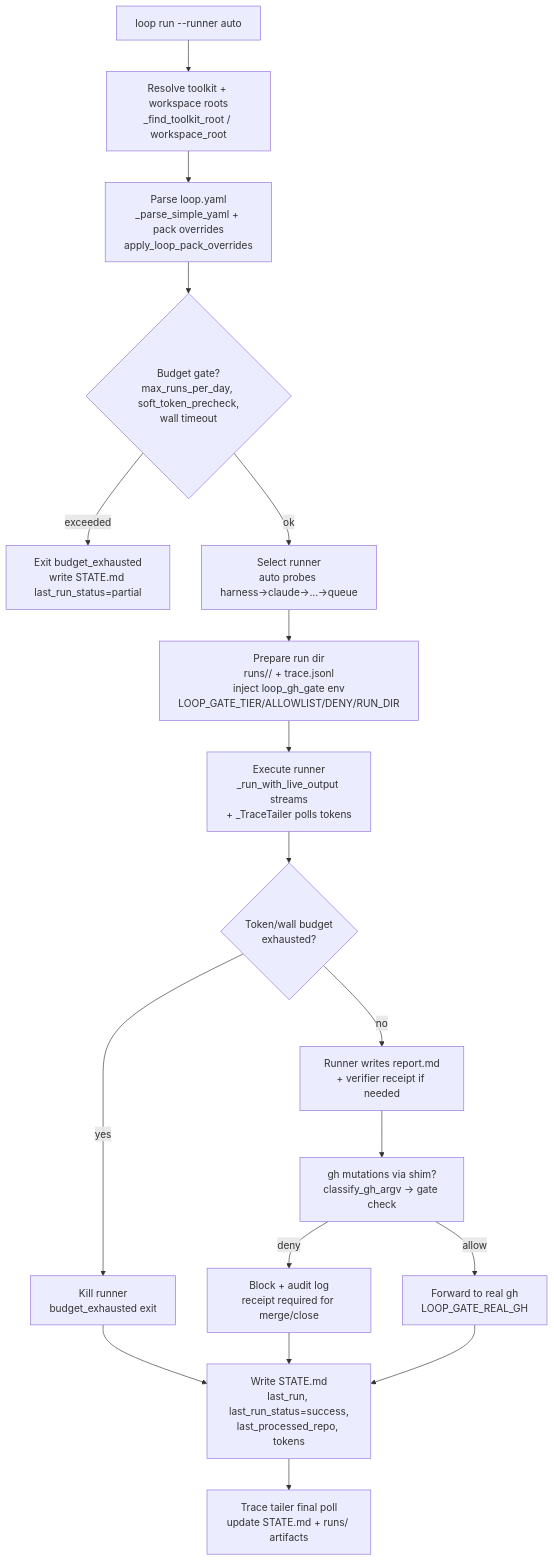
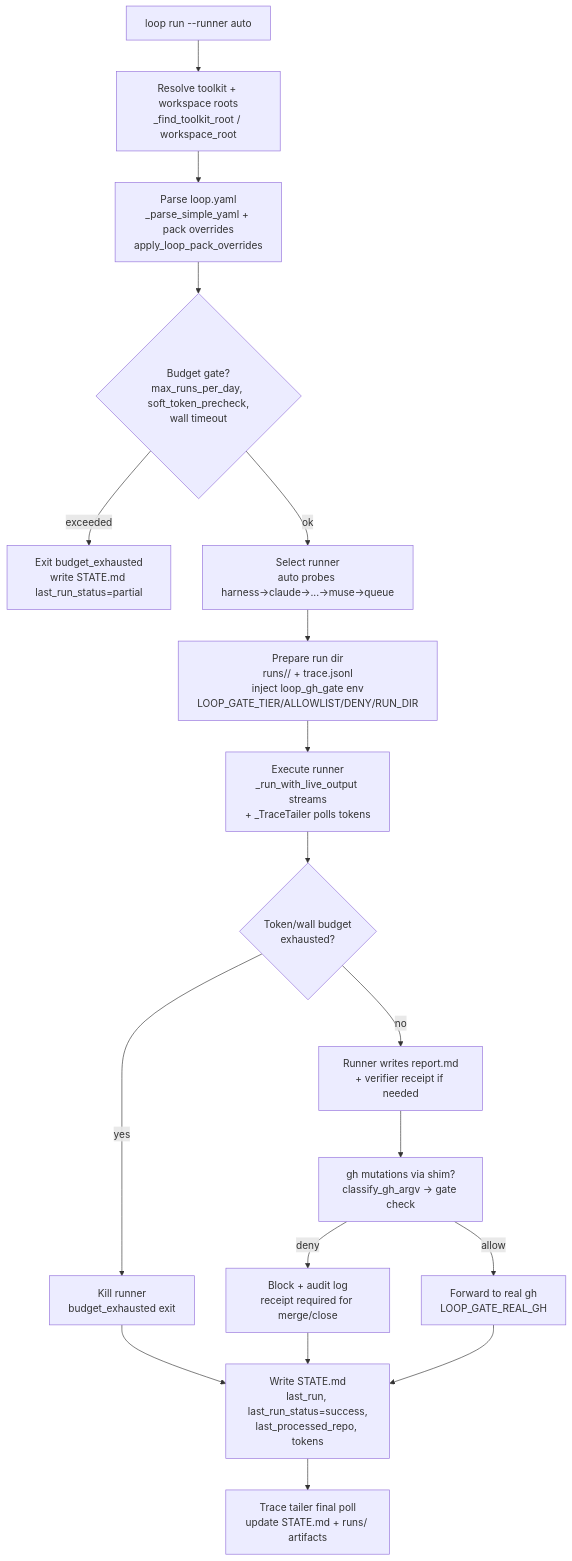
One commit to Rahul-pamula/agent-toolkit changed the diagram in docs/LOOP_RUNNER_DESIGN.md. Above: the diagram before and after it, drawn with Mermaid. The commit also changed other lines of this file and 1 other file, not shown here.

First line of the commit message:
feat(loop): add Muse Code runner (muse exec) — Muse integrated across toolkit

````diff
--- a/docs/LOOP_RUNNER_DESIGN.md
+++ b/docs/LOOP_RUNNER_DESIGN.md
@@ -96,20 +97,20 @@
 ```mermaid
 flowchart TD
     A[loop run <name> --runner auto] --> B[Resolve toolkit + workspace roots\n_find_toolkit_root / workspace_root]
     B --> C[Parse loop.yaml\n_parse_simple_yaml + pack overrides\napply_loop_pack_overrides]
     C --> D{Budget gate?\nmax_runs_per_day, soft_token_precheck,\nwall timeout}
     D -- exceeded --> E[Exit budget_exhausted\nwrite STATE.md last_run_status=partial]
-    D -- ok --> F[Select runner\nauto probes harness→claude→...→queue]
+    D -- ok --> F[Select runner\nauto probes harness→claude→...→muse→queue]
     F --> G[Prepare run dir\nruns/<run_id>/ + trace.jsonl\ninject loop_gh_gate env\nLOOP_GATE_TIER/ALLOWLIST/DENY/RUN_DIR]
     G --> H[Execute runner\n_run_with_live_output streams\n+ _TraceTailer polls tokens]
     H --> I{Token/wall budget\nexhausted?}
     I -- yes --> J[Kill runner\nbudget_exhausted exit]
     I -- no --> K[Runner writes report.md\n+ verifier receipt if needed]
     K --> L[gh mutations via shim?\nclassify_gh_argv → gate check]
     L -- deny --> M[Block + audit log\nreceipt required for merge/close]
     L -- allow --> N[Forward to real gh\nLOOP_GATE_REAL_GH]
     N --> O[Write STATE.md\nlast_run, last_run_status=success,\nlast_processed_repo, tokens]
     J --> O
     M --> O
     O --> P[Trace tailer final poll\nupdate STATE.md + runs/ artifacts]
 ```
````
